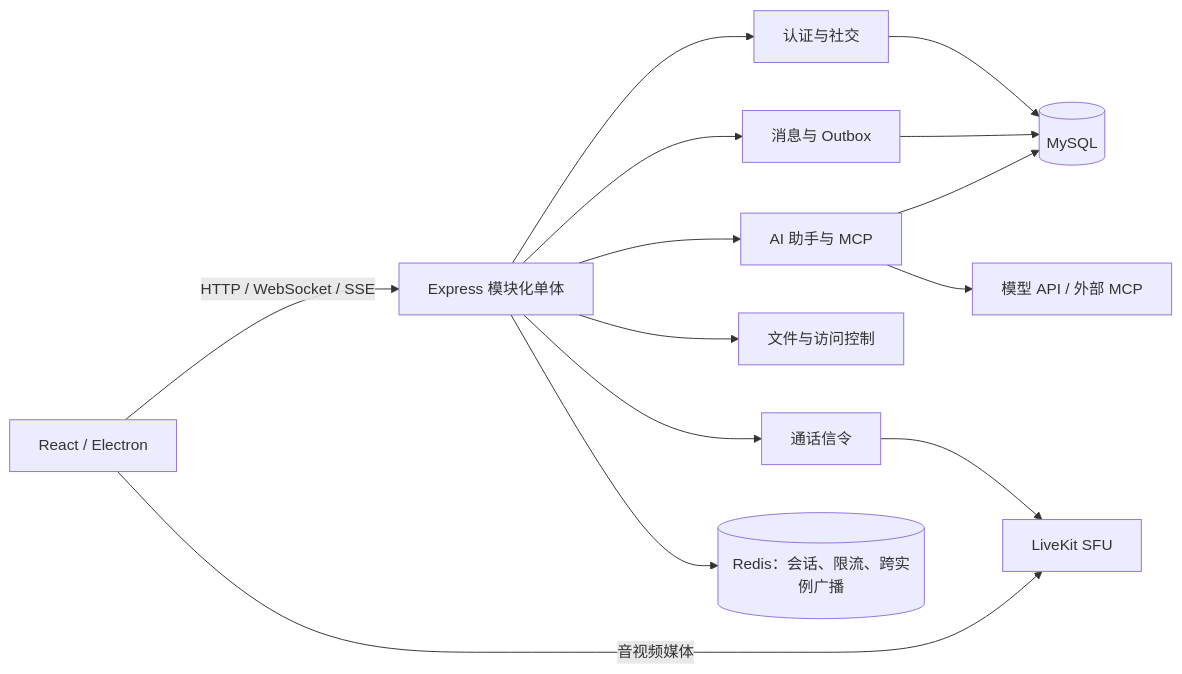
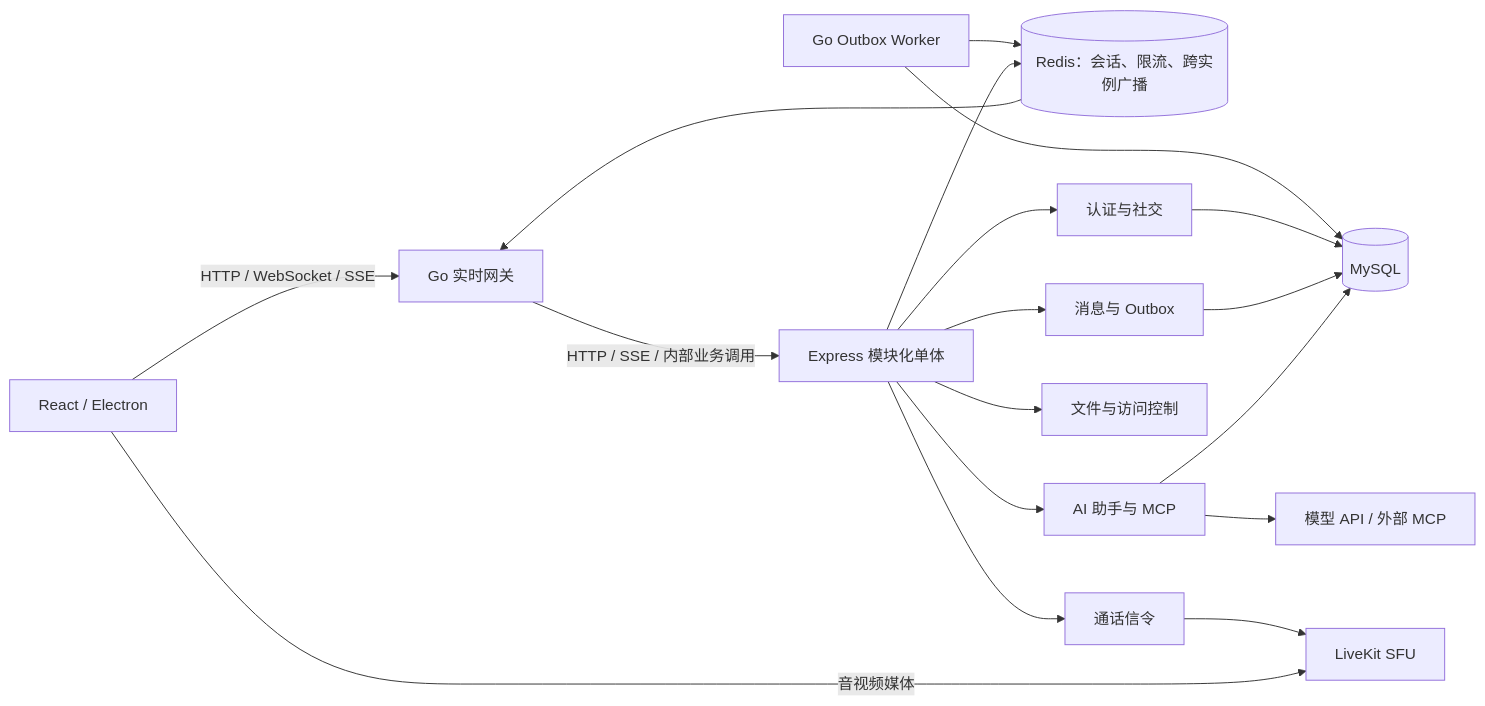
One commit to davent10086/pomelo-chat changed the diagram in README.md. Above: the diagram before and after it, drawn with Mermaid. The commit also changed other lines of this file and 66 other files, not shown here.

First line of the commit message:
feat: add Go realtime gateway and outbox worker

````diff
--- a/README.md
+++ b/README.md
@@ -13,16 +13,20 @@
 ```mermaid
 flowchart LR
-  Client["React / Electron"] -->|HTTP / WebSocket / SSE| Server["Express 模块化单体"]
+  Client["React / Electron"] -->|HTTP / WebSocket / SSE| Gateway["Go 实时网关"]
+  Gateway -->|HTTP / SSE / 内部业务调用| Server["Express 模块化单体"]
+  Worker["Go Outbox Worker"] --> MySQL
+  Worker --> Redis
+  Redis --> Gateway
   Server --> Identity["认证与社交"]
   Server --> Messaging["消息与 Outbox"]
   Server --> Assistant["AI 助手与 MCP"]
   Server --> Files["文件与访问控制"]
   Server --> RTC["通话信令"]
   Identity --> MySQL[(MySQL)]
   Messaging --> MySQL
   Assistant --> MySQL
   Server --> Redis[("Redis：会话、限流、跨实例广播")]
   Assistant --> Model["模型 API / 外部 MCP"]
   RTC --> LiveKit["LiveKit SFU"]
   Client -->|音视频媒体| LiveKit
 ```
````
